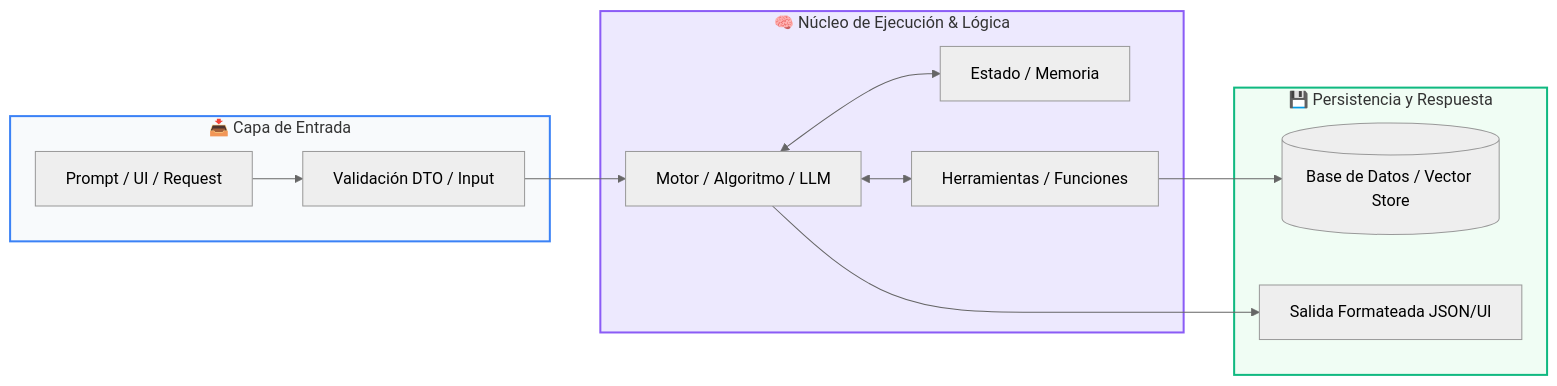
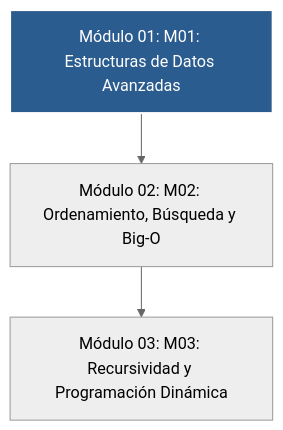
One commit to wisrovi/wisrovi-python changed the diagram in docs/curso-02/book.md. Above: the diagram before and after it, drawn with Mermaid (neutral theme). The commit also changed other lines of this file and 22 other files, not shown here.

Commit message:
docs: expand academy website into full interactive textbook with verified mermaid, tabs and admonitions

````diff
--- a/docs/curso-02/book.md
+++ b/docs/curso-02/book.md
@@ -63,29 +10,7 @@
 ```mermaid
-flowchart LR
-    subgraph Entrada["📥 Capa de Entrada"]
-        UI["Prompt / UI / Request"]
-        VAL["Validación DTO / Input"]
-    end
+flowchart TD
+    N1["Módulo 01: M01: Estructuras de Datos Avanzadas"] --> N2["Módulo 02: M02: Ordenamiento, Búsqueda y Big-O"]
+    N2["Módulo 02: M02: Ordenamiento, Búsqueda y Big-O"] --> N3["Módulo 03: M03: Recursividad y Programación Dinámica"]
 
-    subgraph Core["🧠 Núcleo de Ejecución & Lógica"]
-        ENG["Motor / Algoritmo / LLM"]
-        MEM["Estado / Memoria"]
-        TOOL["Herramientas / Funciones"]
-    end
-
-    subgraph Salida["💾 Persistencia y Respuesta"]
-        DB[("Base de Datos / Vector Store")]
-        RES["Salida Formateada JSON/UI"]
-    end
-
-    UI --> VAL
-    VAL --> ENG
-    ENG <--> MEM
-    ENG <--> TOOL
-    TOOL --> DB
-    ENG --> RES
-
-    style Entrada fill:#f8fafc,stroke:#3b82f6,stroke-width:2px
-    style Core fill:#ede9fe,stroke:#8b5cf6,stroke-width:2px
-    style Salida fill:#f0fdf4,stroke:#10b981,stroke-width:2px
+    style N1 fill:#2b5c8f,color:#fff,stroke:#fff,stroke-width:2px
 ```
````
